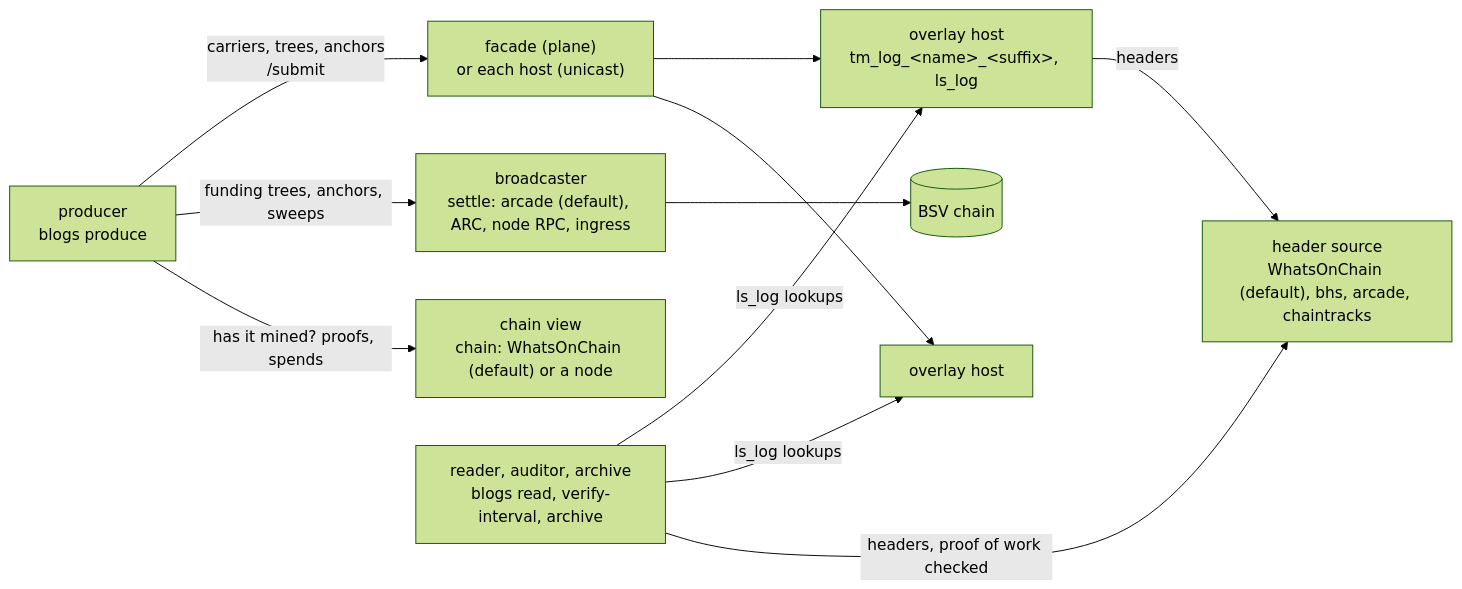
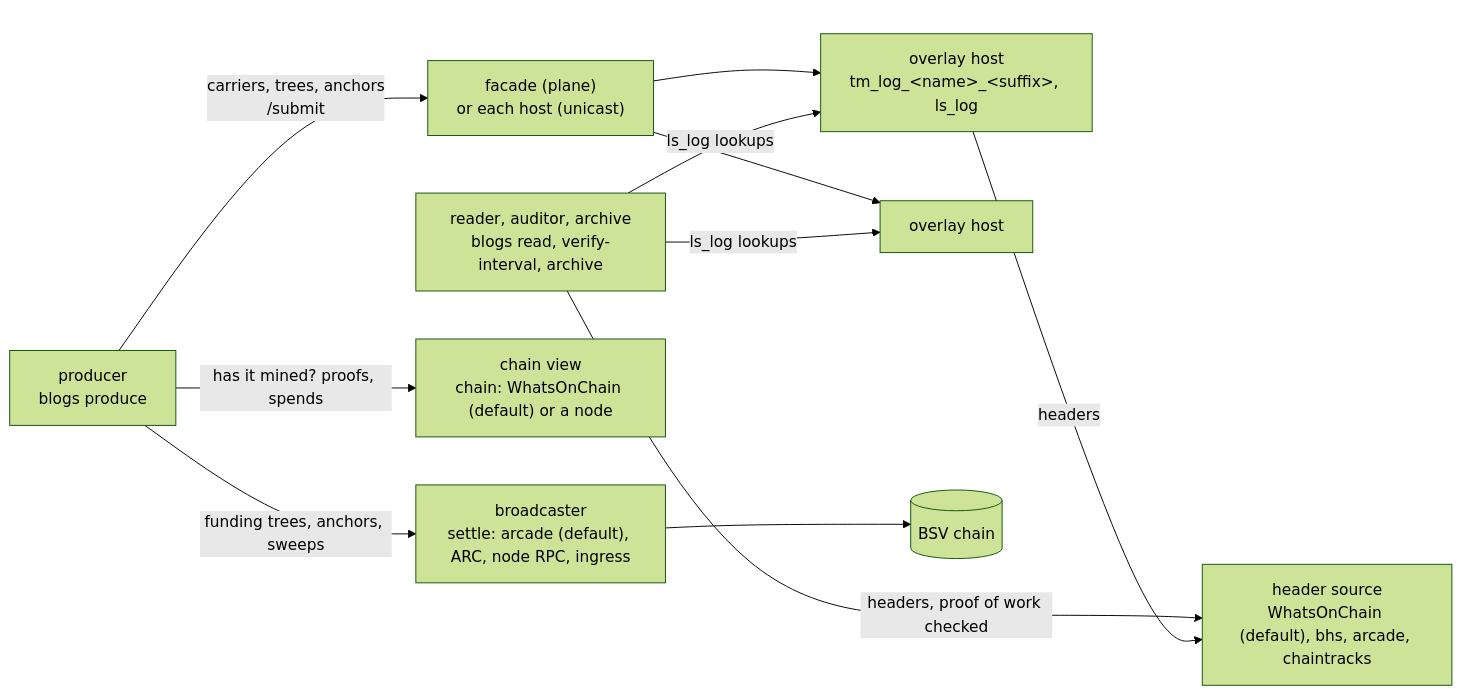
The diagram in docs/architecture.md (lightwebinc/blogs), drawn with Mermaid (forest theme) before and after one commit. The commit also changed 2 other files, not shown here.

Commit message:
[Fix] diagrams: a spacer where the viewer's controls land
The rendered viewer places its zoom and pan panel over a flowchart's
bottom-right corner, and its mermaid build does not read diagramPadding
for flowcharts. An invisible node in the rightmost rank, below its last
node, is what the panel now covers.

````diff
--- a/docs/architecture.md
+++ b/docs/architecture.md
@@ -10,13 +10,18 @@
 ```mermaid
 flowchart LR
   P["producer<br/>blogs produce"] -->|"carriers, trees, anchors<br/>/submit"| F["facade (plane)<br/>or each host (unicast)"]
   F --> H1["overlay host<br/>tm_log_#lt;name#gt;_#lt;suffix#gt;, ls_log"]
   F --> H2["overlay host"]
   P -->|"funding trees, anchors, sweeps"| B["broadcaster<br/>settle: arcade (default), ARC, node RPC, ingress"]
   B --> C[("BSV chain")]
   P -->|"has it mined? proofs, spends"| N["chain view<br/>chain: WhatsOnChain (default) or a node"]
   R["reader, auditor, archive<br/>blogs read, verify-interval, archive"] -->|"ls_log lookups"| H1
   R -->|"ls_log lookups"| H2
   R -->|"headers, proof of work checked"| S["header source<br/>WhatsOnChain (default), bhs, arcade, chaintracks"]
   H1 -->|headers| S
+  %% The last node is an invisible spacer in the rightmost rank: the rendered
+  %% viewer places its zoom and pan controls over the bottom-right corner.
+  H1 ~~~ pad
+  pad["&nbsp;<br/>&nbsp;<br/>&nbsp;<br/>&nbsp;<br/>&nbsp;"]:::pad
+  classDef pad fill:none,stroke:none,color:transparent
 ```
````
